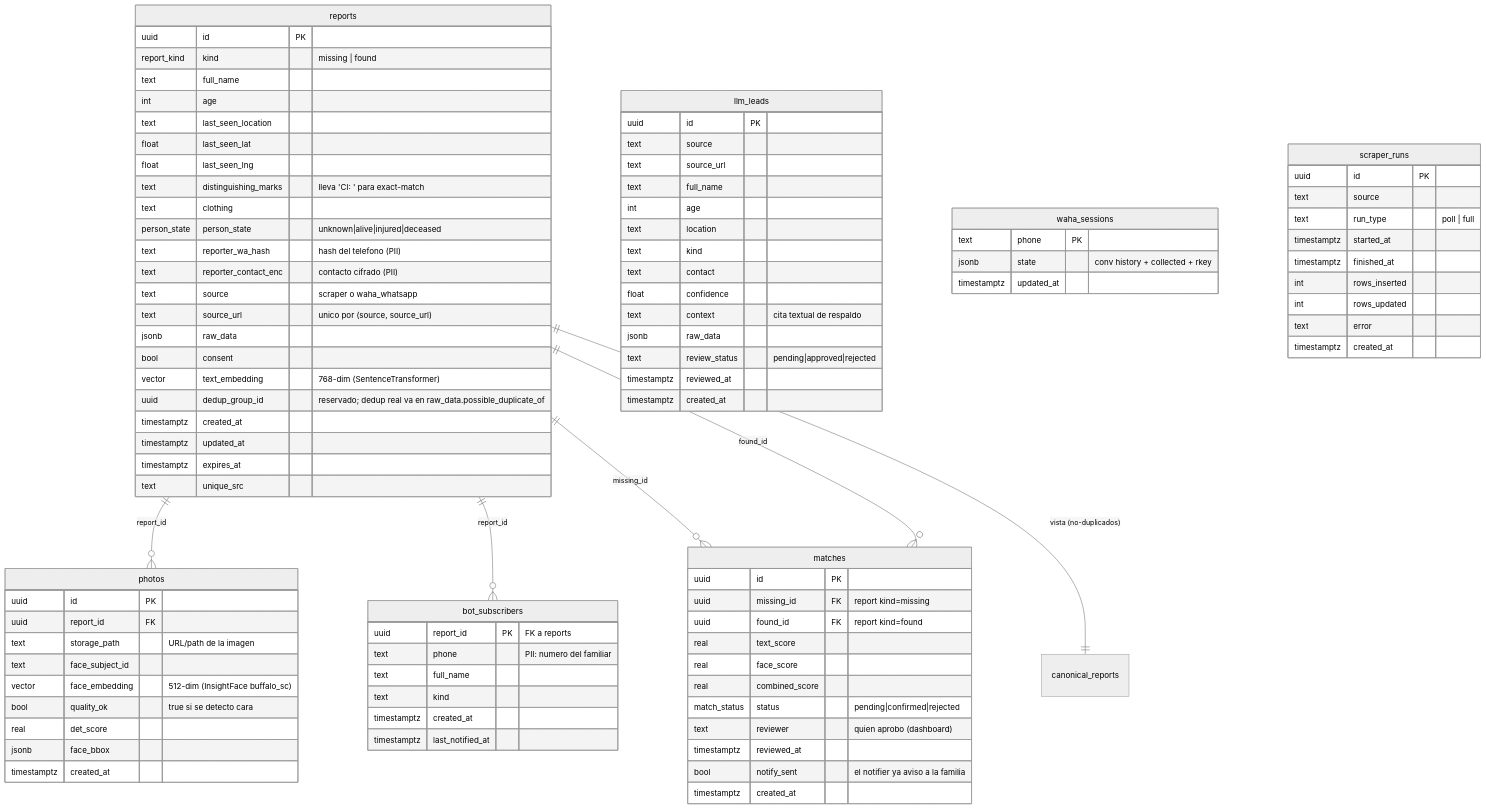
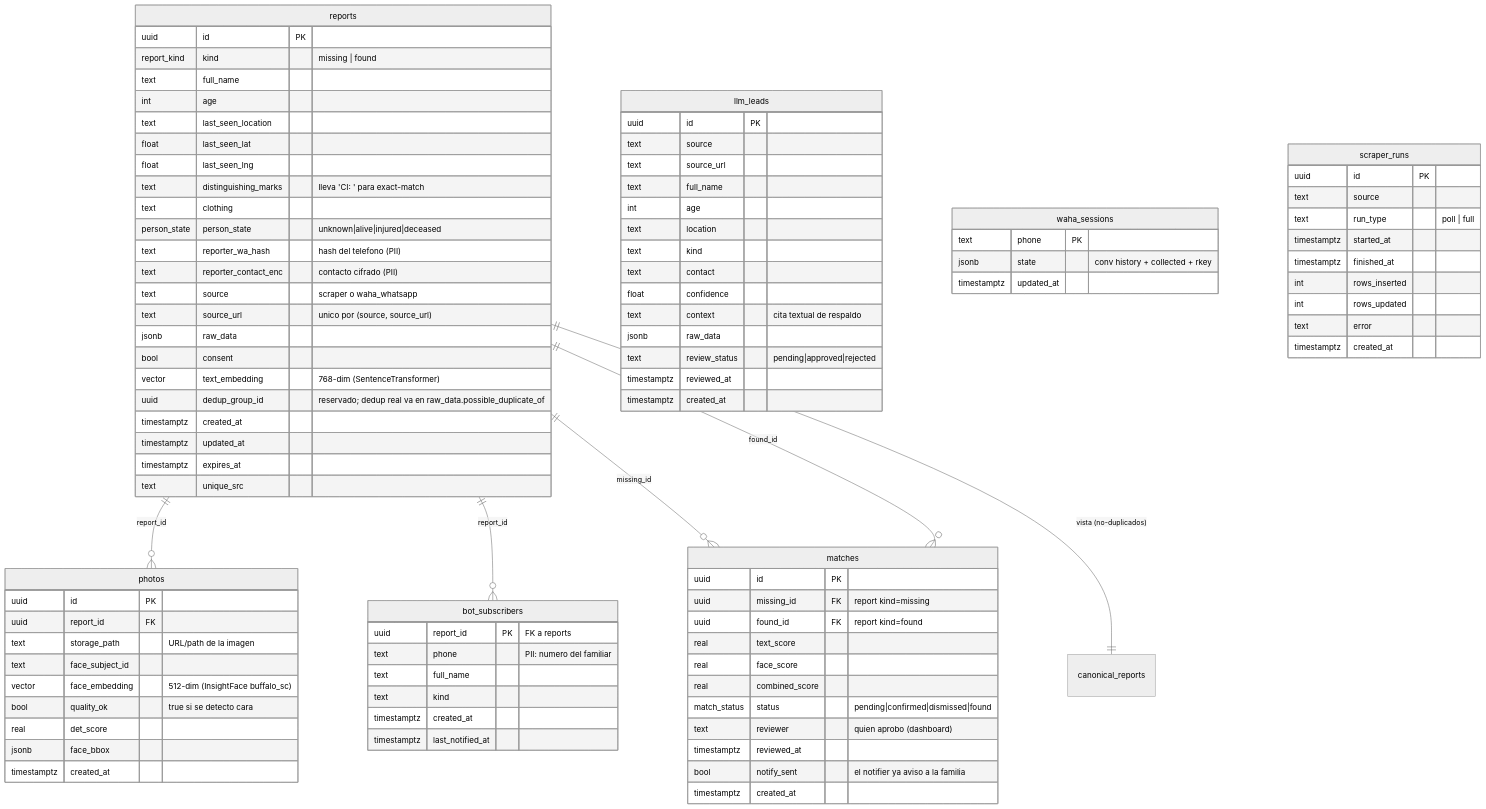
The diagram in DATA-MODEL.md (godlygeorgeYEAH/esfuerzos), drawn with Mermaid (neutral theme) before and after one commit. The commit also changed other lines of this file and 4 other files, not shown here.

```diff
--- a/DATA-MODEL.md
+++ b/DATA-MODEL.md
@@ -56,7 +56,7 @@
         real text_score
         real face_score
         real combined_score
-        match_status status "pending|confirmed|rejected"
+        match_status status "pending|confirmed|dismissed|found"
         text reviewer "quien aprobo (dashboard)"
         timestamptz reviewed_at
         bool notify_sent "el notifier ya aviso a la familia"
```
